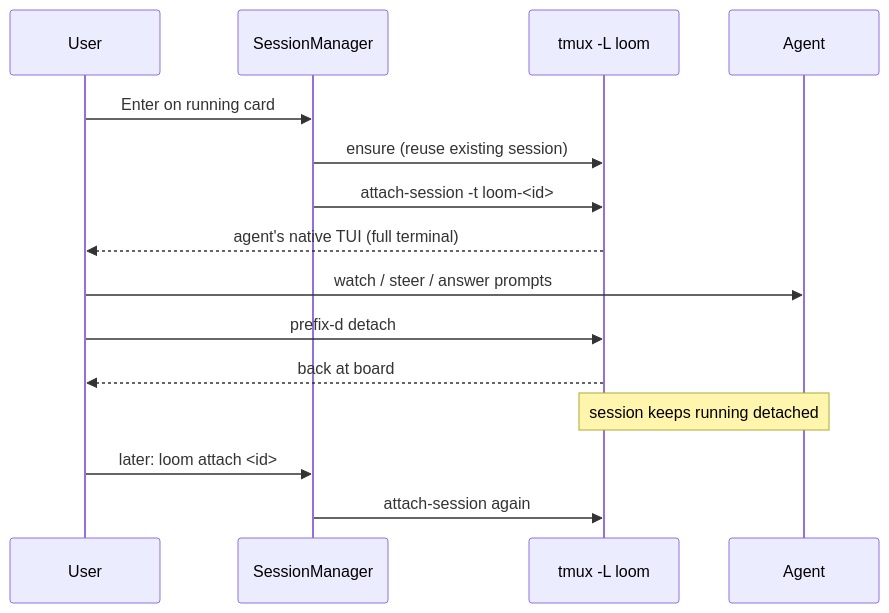
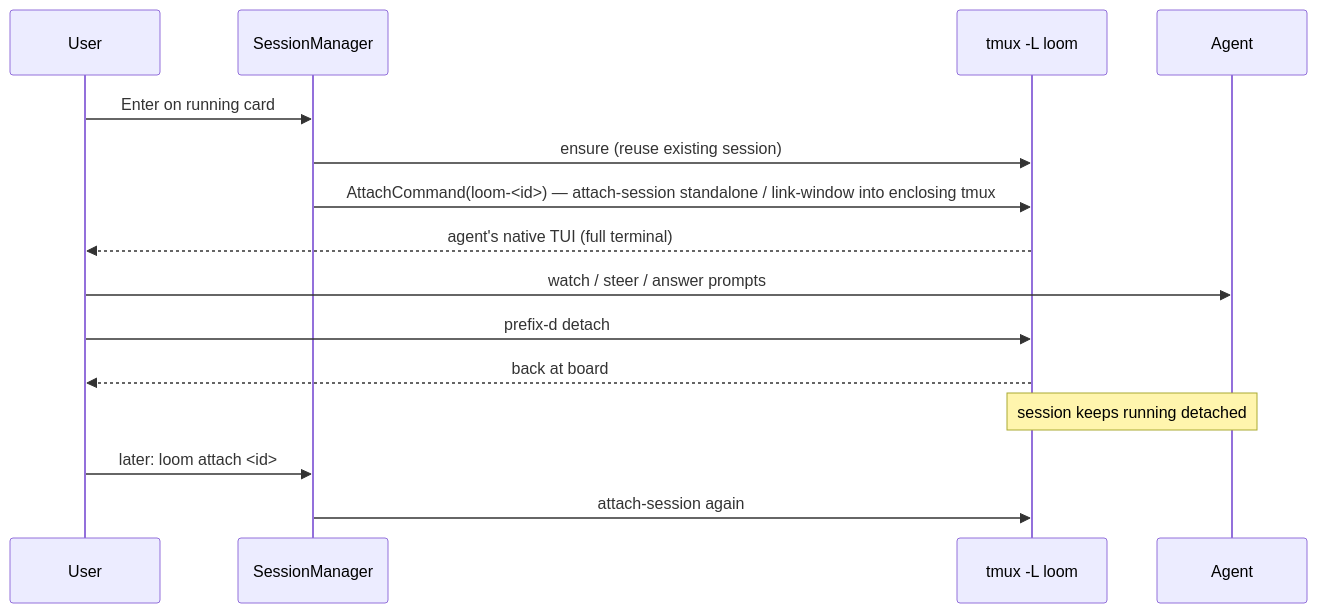
One commit to tuan-nng/loom changed the diagram in wiki/flows/attach-detach.md. Above: the diagram before and after it, drawn with Mermaid. The commit also changed other lines of this file and 12 other files, not shown here.

Commit message:
Refresh codebase wiki: TUI restyle + enclosing-tmux attach handoff implemented

````diff
--- a/wiki/flows/attach-detach.md
+++ b/wiki/flows/attach-detach.md
@@ -19,17 +19,17 @@
 ```mermaid
 sequenceDiagram
     participant U as User
     participant SM as SessionManager
     participant T as tmux -L loom
     participant A as Agent
     U->>SM: Enter on running card
     SM->>T: ensure (reuse existing session)
-    SM->>T: attach-session -t loom-<id>
+    SM->>T: AttachCommand(loom-<id>) — attach-session standalone / link-window into enclosing tmux
     T-->>U: agent's native TUI (full terminal)
     U->>A: watch / steer / answer prompts
     U->>T: prefix-d detach
     T-->>U: back at board
     Note over T,A: session keeps running detached
     U->>SM: later: loom attach <id>
     SM->>T: attach-session again
 ```
````
